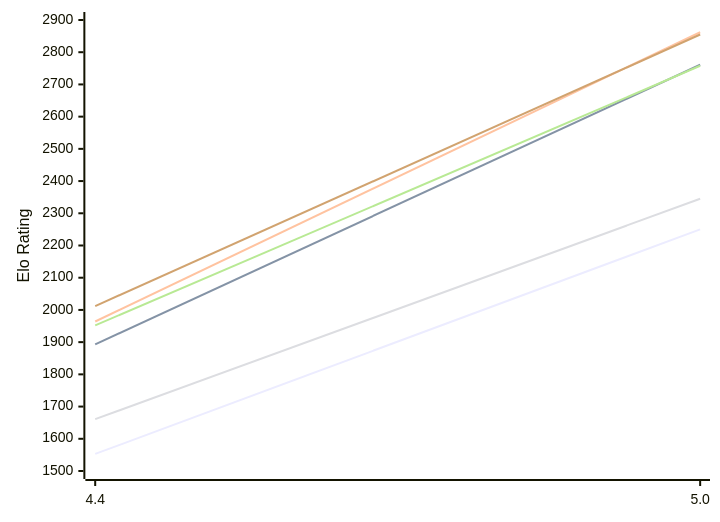
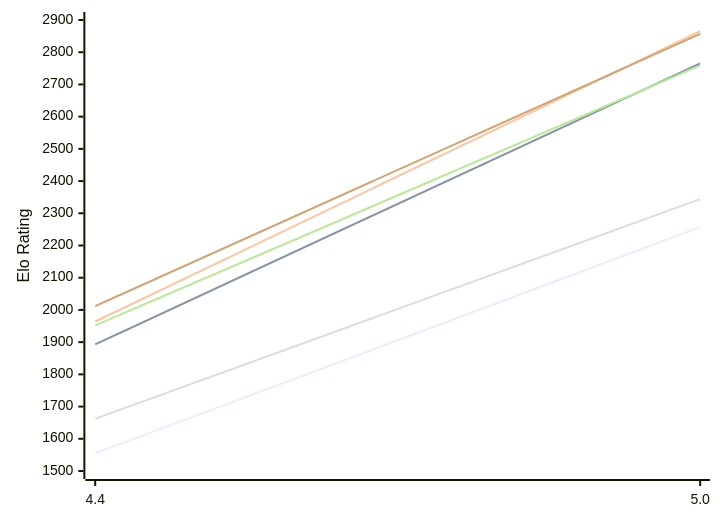
One commit to computer-chess-index/cci changed the first of 2 diagrams in engines/Radiance.md. Above: the diagram before and after it, drawn with Mermaid. The commit also changed other lines of this file, not shown here.

Commit message:
Update CCI Ratings (ELO VLTC) - 2026-11-22

````diff
--- a/engines/Radiance.md
+++ b/engines/Radiance.md
@@ -51,12 +51,12 @@
 ```mermaid
 %%{init: {"theme":"base","themeVariables":{"seriesColors:['#a3a3a3','#222221','#faa371']}}}%%
 xychart-beta
   x-axis ["4.4", "5.0"]
   y-axis "Elo Rating" 1500 --> 2900
-  line "E1: STC (8.0+0.08s)" [1553, 2250]
-  line "E1: LTC (60.0+0.60s)" [1893, 2761]
-  line "E1: VLTC (2m24s+1.12s)" [1964, 2862]
-  line "P1: STC (8.0+0.08s)" [1661, 2345]
-  line "P1: LTC (60.0+0.60s)" [1952, 2758]
-  line "P1: VLTC (2m24s+1.12s)" [2012, 2855]
+  line "E1: STC (8.0+0.08s)" [1555, 2257]
+  line "E1: LTC (60.0+0.60s)" [1893, 2765]
+  line "E1: VLTC (2m24s+1.12s)" [1964, 2865]
+  line "P1: STC (8.0+0.08s)" [1662, 2344]
+  line "P1: LTC (60.0+0.60s)" [1952, 2759]
+  line "P1: VLTC (2m24s+1.12s)" [2012, 2857]
 ```
````
